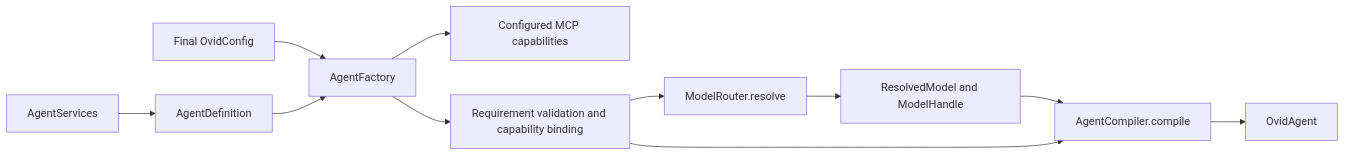
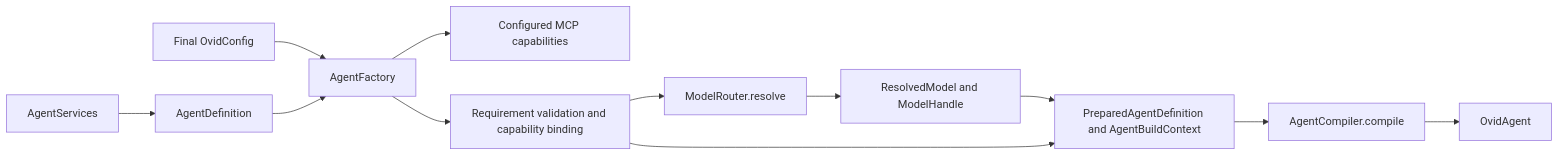
The second of 3 diagrams in docs/content/architecture.md (EzyGang/ovid-core), drawn with Mermaid before and after one commit. The commit also changed other lines of this file and 13 other files, not shown here.

Commit message:
✨ feat(agents): expose prepared build context

````diff
--- a/docs/content/architecture.md
+++ b/docs/content/architecture.md
@@ -42,13 +42,14 @@
 ```mermaid
 graph LR
     C[Final OvidConfig] --> A[AgentFactory]
     D[AgentDefinition] --> A
     S[AgentServices] --> D
     A --> M[Configured MCP capabilities]
     A --> B[Requirement validation and capability binding]
     B --> R[ModelRouter.resolve]
     R --> H[ResolvedModel and ModelHandle]
-    H --> F[AgentCompiler.compile]
-    B --> F
+    H --> P[PreparedAgentDefinition and AgentBuildContext]
+    B --> P
+    P --> F[AgentCompiler.compile]
     F --> O[OvidAgent]
 ```
````
